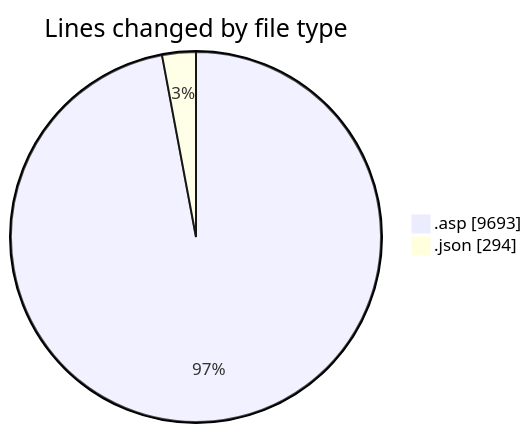
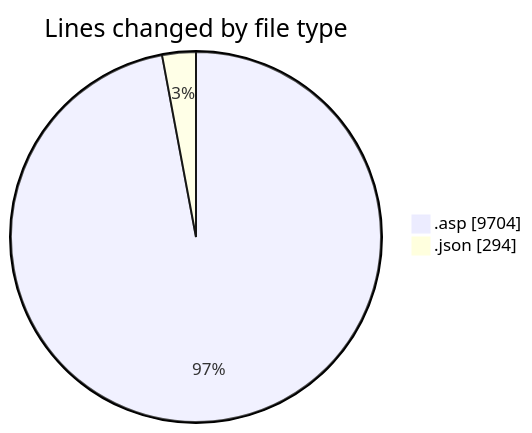
Before and after one commit to julien-gomy/code-tracking: the first of 2 diagrams in 2025-10-27/usr_aleoudev_fr__workspace_/README.md, drawn with Mermaid. The commit also changed other lines of this file and 1 other file, not shown here.

````diff
--- a/2025-10-27/usr_aleoudev_fr__workspace_/README.md
+++ b/2025-10-27/usr_aleoudev_fr__workspace_/README.md
@@ -28,6 +28,6 @@
 ```mermaid
 pie showData
 title Lines changed by file type
-".asp" : 9693
+".asp" : 9704
 ".json" : 294
 ```
````
